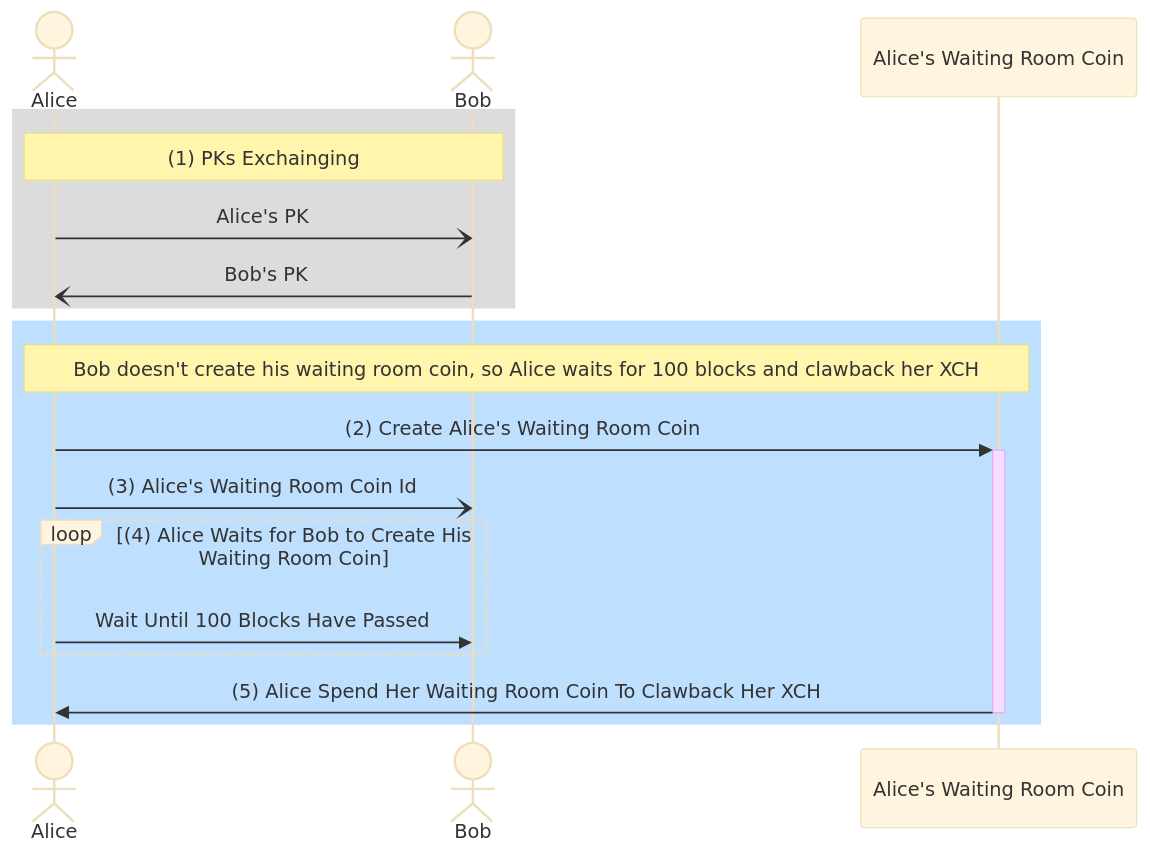
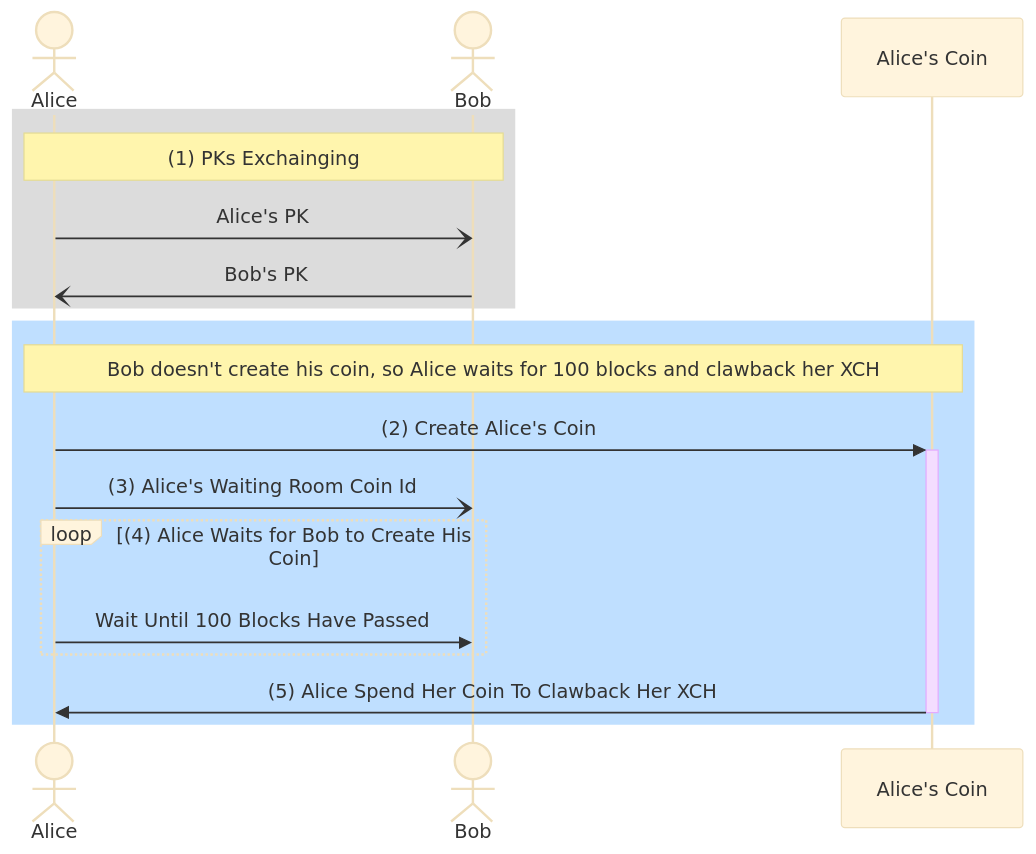
One commit to kimsk/chia-tic-tac-toe changed the second of 3 diagrams in README.md. Above: the diagram before and after it, drawn with Mermaid (base theme). The commit also changed other lines of this file and 1 other file, not shown here.

Commit message:
update README.md -- mermaid flowchart diagram

````diff
--- a/README.md
+++ b/README.md
@@ -94,22 +94,22 @@
 ```mermaid
 sequenceDiagram;
     actor A as Alice;
     actor B as Bob;
-    participant a as Alice's Waiting Room Coin;
+    participant a as Alice's Coin;
 
     rect rgb(220, 220, 220);
     note over A,B: (1) PKs Exchainging;
     A-)B: Alice's PK;
     B-)A: Bob's PK;
     end;
 
     rect rgb(191, 223, 255);
-    note over A,a: Bob doesn't create his waiting room coin, so Alice waits for 100 blocks and clawback her XCH
-    A->>+a: (2) Create Alice's Waiting Room Coin; 
+    note over A,a: Bob doesn't create his coin, so Alice waits for 100 blocks and clawback her XCH
+    A->>+a: (2) Create Alice's Coin; 
     A-)B: (3) Alice's Waiting Room Coin Id;
-    loop (4) Alice Waits for Bob to Create His Waiting Room Coin
+    loop (4) Alice Waits for Bob to Create His Coin
         A->>B: Wait Until 100 Blocks Have Passed;
     end
-    a->>-A: (5) Alice Spend Her Waiting Room Coin To Clawback Her XCH;
+    a->>-A: (5) Alice Spend Her Coin To Clawback Her XCH;
     end;
 ```
````
